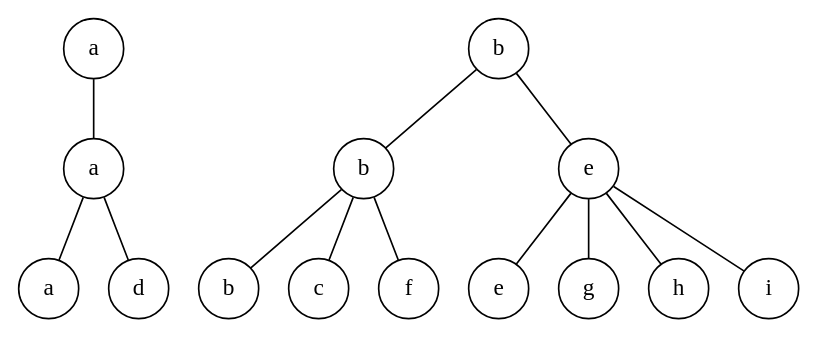
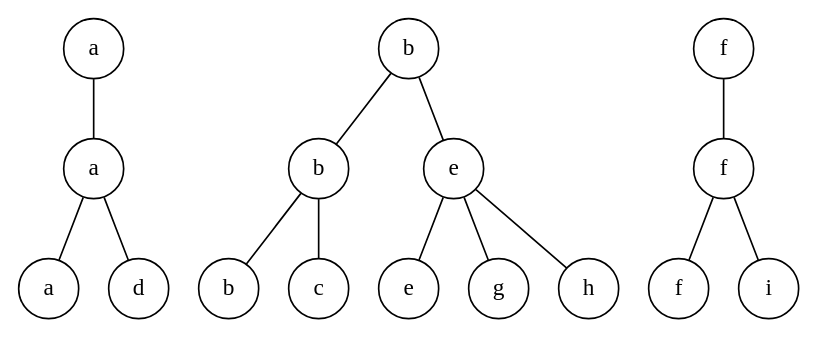
The diagram in segmentation/graphs/higherlayers-c.gv (sgolodetz/thesis), drawn with Graphviz before and after one commit. The commit also changed 9 other files, not shown here.

```diff
--- a/segmentation/graphs/higherlayers-c.gv
+++ b/segmentation/graphs/higherlayers-c.gv
@@ -1,32 +1,35 @@
 graph
 {
 	node [shape=circle, style=solid, label=""];
 
 	a2 -- a1;
 	b2 -- b1;
 	b2 -- e1;
+	f2 -- f1;
 	a1 -- a0;
 	a1 -- d0;
 	b1 -- b0;
 	b1 -- c0;
-	b1 -- f0;
 	e1 -- e0;
 	e1 -- g0;
 	e1 -- h0;
-	e1 -- i0;
+	f1 -- f0;
+	f1 -- i0;
 
 	a0 [label=a];
 	a1 [label=a];
 	a2 [label=a];
 	b0 [label=b];
 	b1 [label=b];
 	b2 [label=b];
 	c0 [label=c];
 	d0 [label=d];
 	e0 [label=e];
 	e1 [label=e];
 	f0 [label=f];
+	f1 [label=f];
+	f2 [label=f];
 	g0 [label=g];
 	h0 [label=h];
 	i0 [label=i];
 }
```
